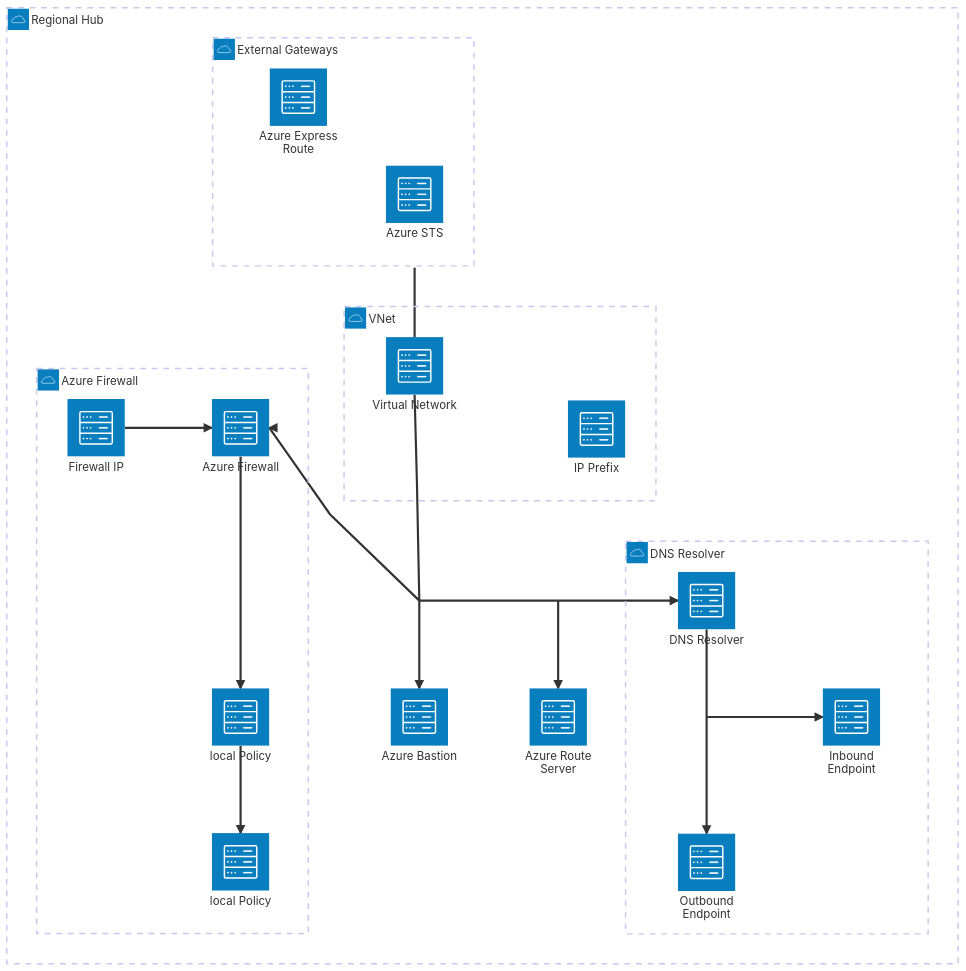
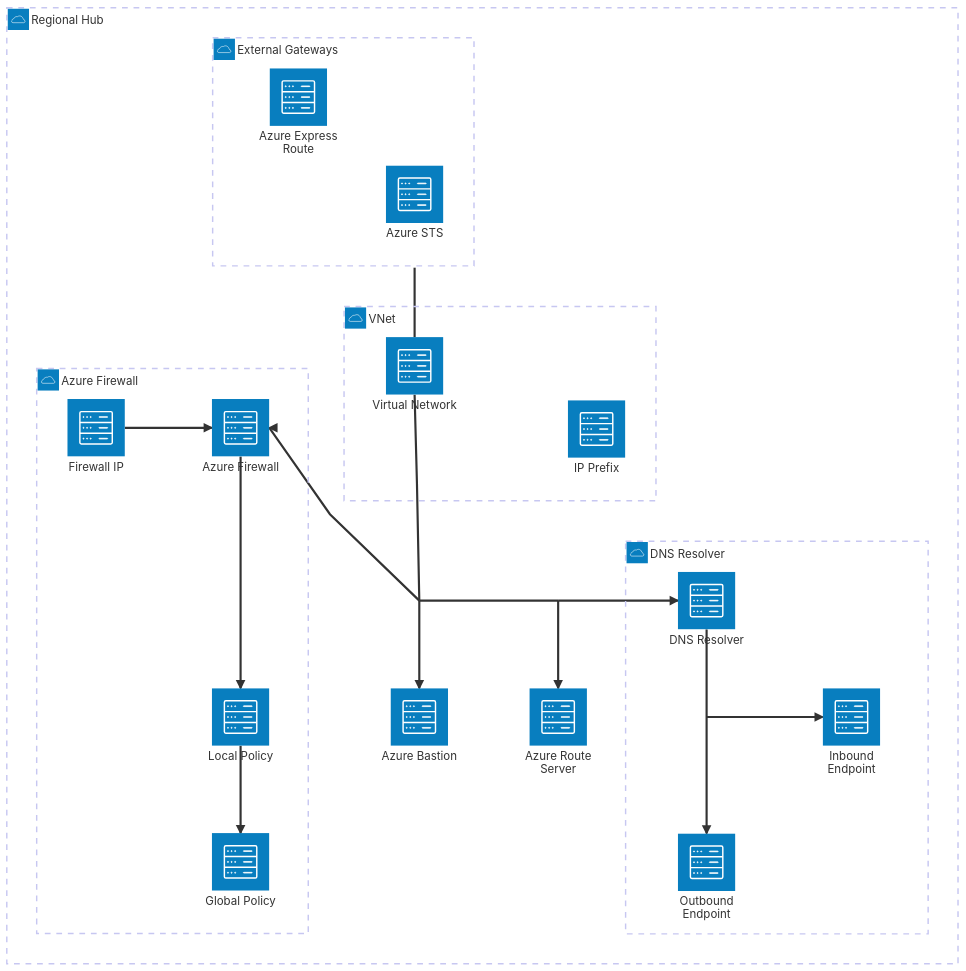
Before and after one commit to drewkg/Azure: the diagram in Bicep/Resource/RegionalConnectivityHub/ReadMe.md, drawn with Mermaid.

Commit message:
Correct labels

````diff
--- a/Bicep/Resource/RegionalConnectivityHub/ReadMe.md
+++ b/Bicep/Resource/RegionalConnectivityHub/ReadMe.md
@@ -25,47 +25,47 @@
 ```mermaid
   architecture-beta
     group hub(cloud)[Regional Hub]
 
     group vnetgroup(cloud)[VNet] in hub
     group firewallgroup(cloud)[Azure Firewall] in hub
     group gatewaygroup(cloud)[External Gateways] in hub
     group dnsgroup(cloud)[DNS Resolver] in hub
 
     service network(server)[Virtual Network] in vnetgroup
     service ipprefix(server)[IP Prefix] in vnetgroup
     service bastion(server)[Azure Bastion] in hub
     service route(server)[Azure Route Server] in hub
 
     service sts(server)[Azure STS] in gatewaygroup
     service express(server)[Azure Express Route] in gatewaygroup
 
     service firewall(server)[Azure Firewall] in firewallgroup
     service firewallip(server)[Firewall IP] in firewallgroup
-    service localpolicy(server)[local Policy] in firewallgroup
-    service globalpolicy(server)[local Policy] in firewallgroup
+    service localpolicy(server)[Local Policy] in firewallgroup
+    service globalpolicy(server)[Global Policy] in firewallgroup
 
     service dns(server)[DNS Resolver] in dnsgroup
     service inbound(server)[Inbound Endpoint] in dnsgroup
     service outbound(server)[Outbound Endpoint] in dnsgroup
 
     junction vnet1 in hub
     junction vnet2 in hub
     junction dns1 in dnsgroup
 
  %%   firewallip:T -- B:ipprefix
 
     network:B -- T:vnet1
     network:T -- B:sts{group}
     vnet1:L --> R:firewall
     firewall:L <-- R:firewallip
     firewall:B --> T:localpolicy
     localpolicy:B --> T:globalpolicy
 
     vnet1:B --> T:bastion
     vnet1:R -- L:vnet2
     vnet2:B --> T:route
     vnet2:R --> L:dns
     dns:B -- T:dns1
     dns1:R --> L:inbound
     dns1:B --> T:outbound
 ```
````
